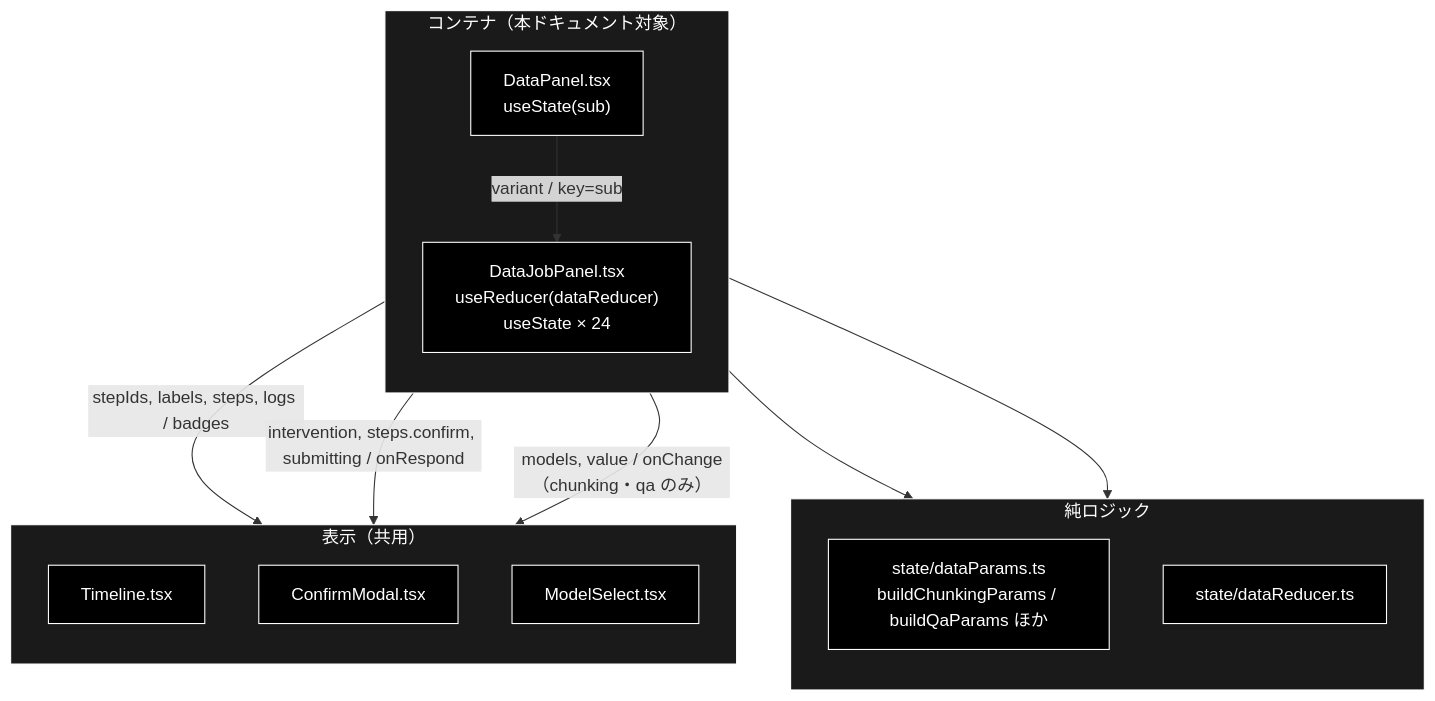
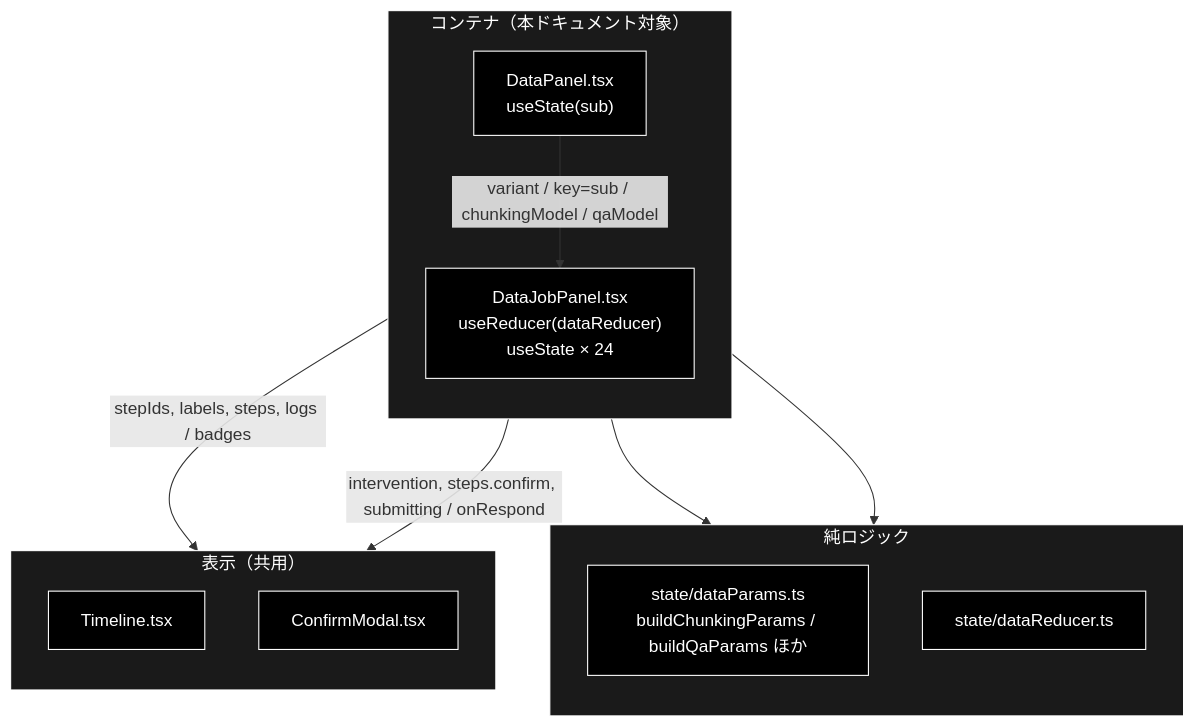
One commit to nakashima2toshio/grace_v2_local changed the first of 4 diagrams in frontend/docs/DataJobPanel.md. Above: the diagram before and after it, drawn with Mermaid. The commit also changed other lines of this file and 25 other files, not shown here.

````diff
--- a/frontend/docs/DataJobPanel.md
+++ b/frontend/docs/DataJobPanel.md
@@ -79,31 +79,29 @@
 ```mermaid
 flowchart TB
     subgraph Container["コンテナ（本ドキュメント対象）"]
         direction TB
         DP["DataPanel.tsx<br>useState(sub)"]
         DJ["DataJobPanel.tsx<br>useReducer(dataReducer)<br>useState × 24"]
     end
     subgraph Logic["純ロジック"]
         direction TB
         PARAMS["state/dataParams.ts<br>buildChunkingParams / buildQaParams ほか"]
         RED["state/dataReducer.ts"]
     end
     subgraph Presentational["表示（共用）"]
         direction TB
         TL["Timeline.tsx"]
         CM["ConfirmModal.tsx"]
-        MS["ModelSelect.tsx"]
     end
-    DP -->|"variant / key=sub"| DJ
+    DP -->|"variant / key=sub / chunkingModel / qaModel"| DJ
     DJ --> PARAMS
     DJ --> RED
     DJ -->|"stepIds, labels, steps, logs / badges"| TL
     DJ -->|"intervention, steps.confirm, submitting / onRespond"| CM
-    DJ -->|"models, value / onChange（chunking・qa のみ）"| MS
 classDef default fill:#000,stroke:#fff,color:#fff
 classDef subgraphStyle fill:#1a1a1a,stroke:#fff,color:#fff
-class DP,DJ,PARAMS,RED,TL,CM,MS default
+class DP,DJ,PARAMS,RED,TL,CM default
 style Container fill:#1a1a1a,stroke:#fff,color:#fff
 style Logic fill:#1a1a1a,stroke:#fff,color:#fff
 style Presentational fill:#1a1a1a,stroke:#fff,color:#fff
 ```
````
